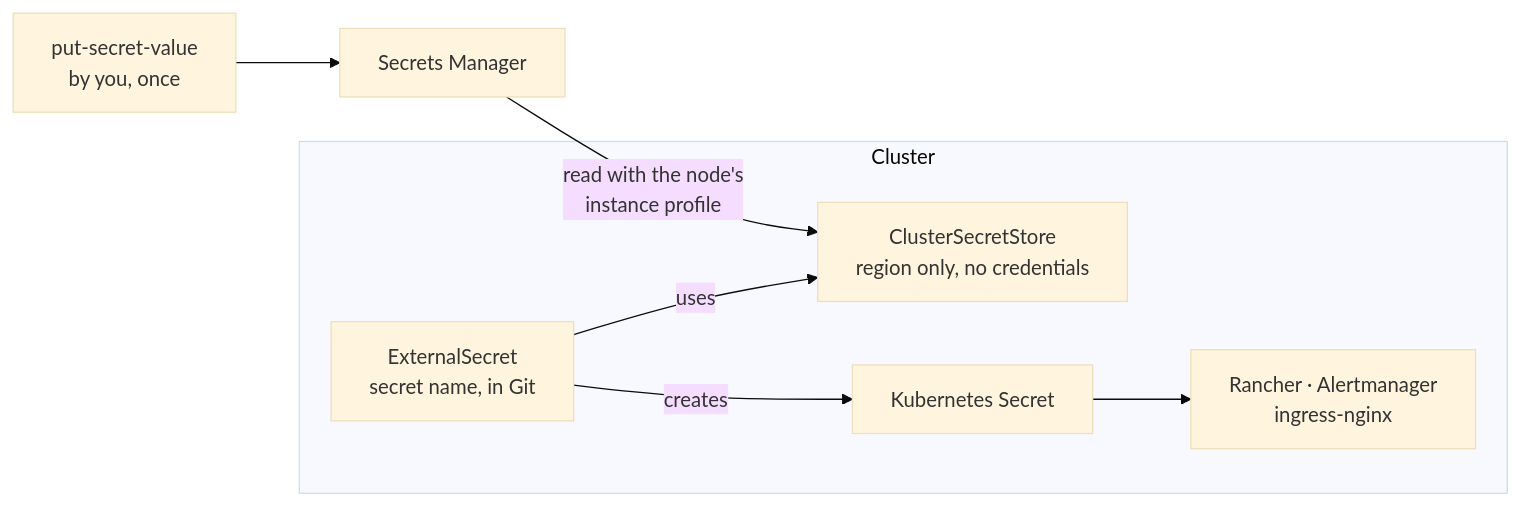
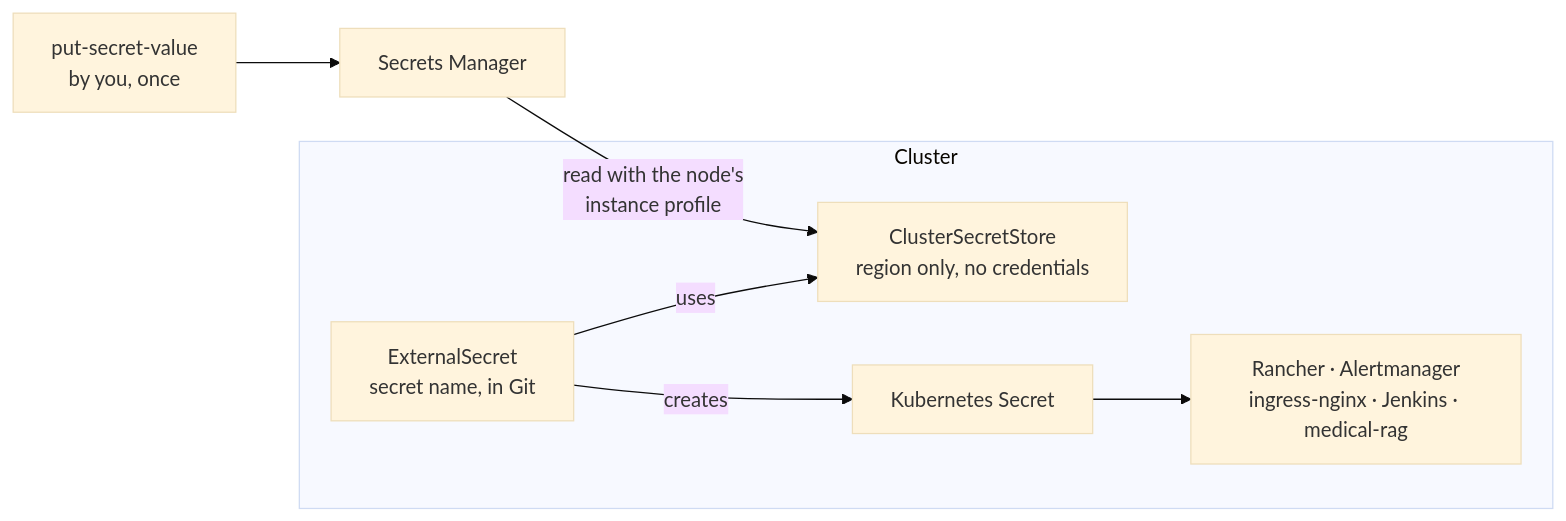
Before and after one commit to biabeogo147/Medical-RAG-Chatbot: the sixth of 8 diagrams in docs/gitops/README.md, drawn with Mermaid (base theme). The commit also changed other lines of this file and 11 other files, not shown here.

````diff
--- a/docs/gitops/README.md
+++ b/docs/gitops/README.md
@@ -283,16 +292,16 @@
 ```mermaid
 flowchart LR
     CLI["put-secret-value<br/>by you, once"] --> SM["Secrets Manager"]
 
     subgraph CLUSTER["Cluster"]
         CSS["ClusterSecretStore<br/>region only, no credentials"]
         ES["ExternalSecret<br/>secret name, in Git"]
         KS["Kubernetes Secret"]
-        APPS["Rancher · Alertmanager<br/>ingress-nginx"]
+        APPS["Rancher · Alertmanager<br/>ingress-nginx · Jenkins · medical-rag"]
     end
 
     SM -->|"read with the node's<br/>instance profile"| CSS
     ES -->|"uses"| CSS
     ES -->|"creates"| KS
     KS --> APPS
 ```
````
